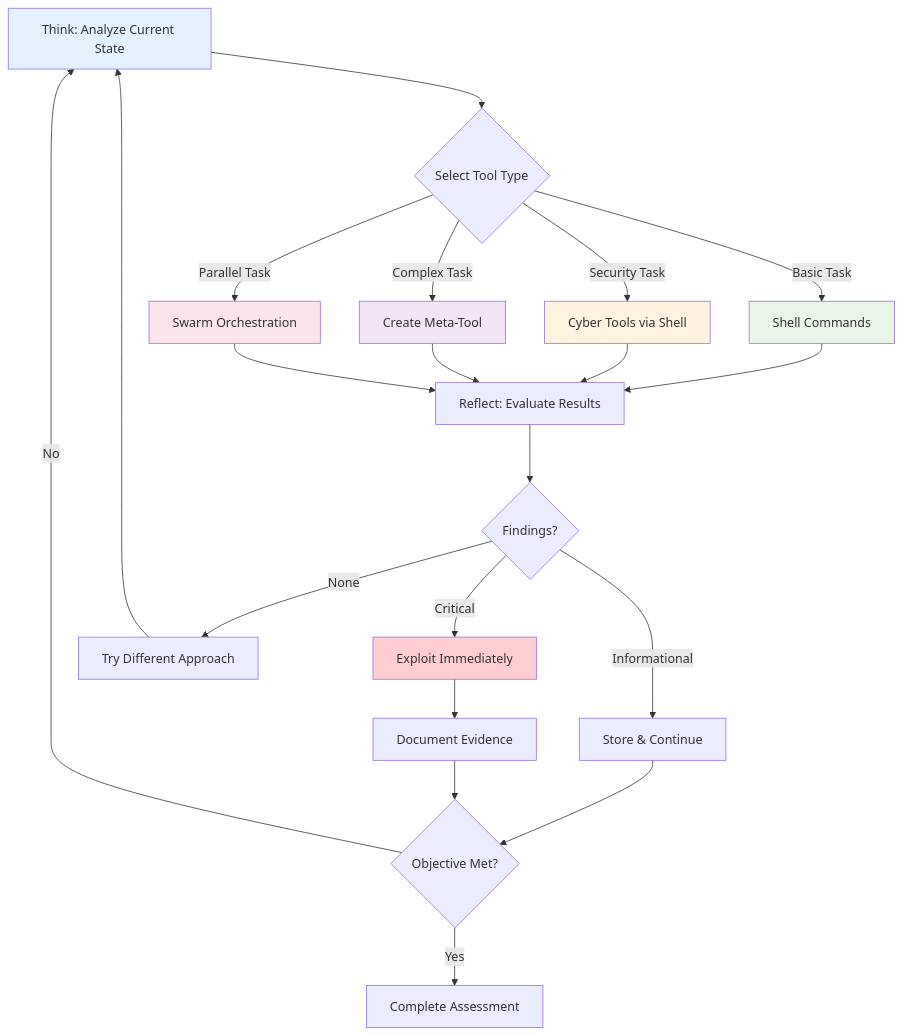
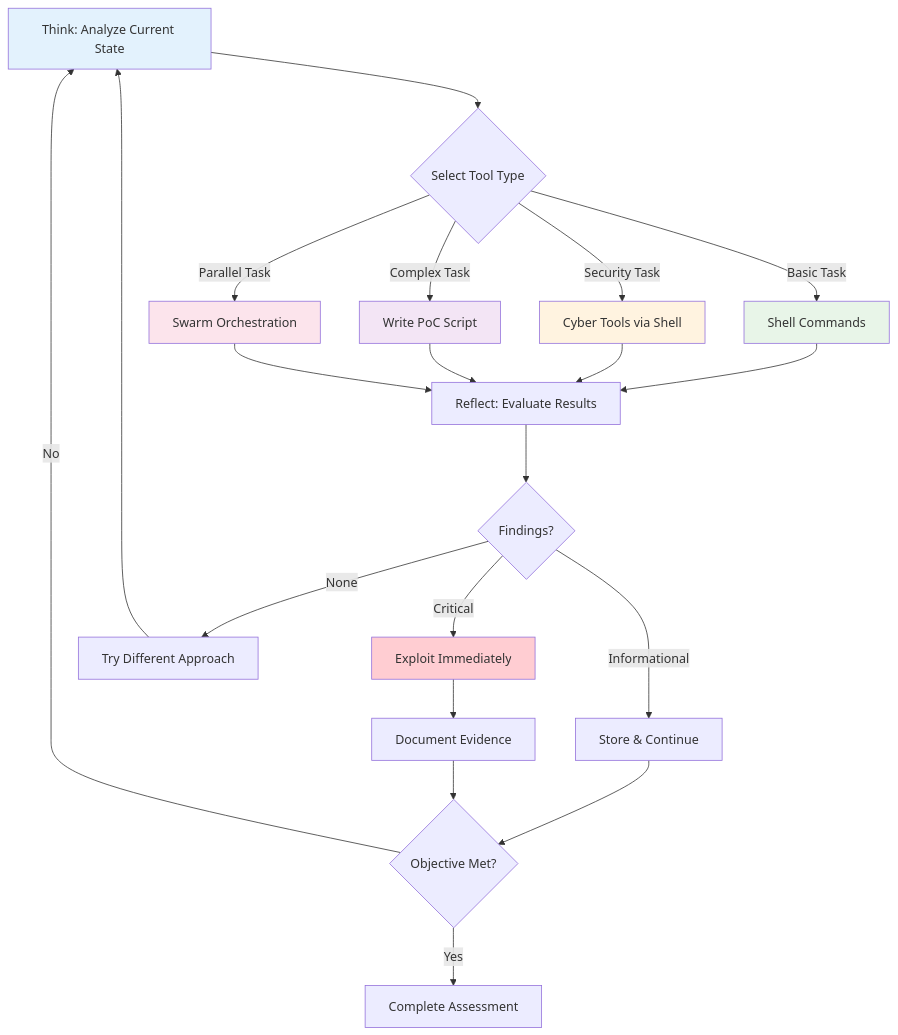
One commit to double16/Cyber-AutoAgent-ng changed the third of 3 diagrams in README.md. Above: the diagram before and after it, drawn with Mermaid. The commit also changed other lines of this file and 26 other files, not shown here.

````diff
--- a/README.md
+++ b/README.md
@@ -298,35 +297,35 @@
 ```mermaid
 flowchart TD
     A[Think: Analyze Current State] --> B{Select Tool Type}
 
     B --> |Basic Task| C[Shell Commands]
     B --> |Security Task| D[Cyber Tools via Shell]
-    B --> |Complex Task| E[Create Meta-Tool]
+    B --> |Complex Task| E[Write PoC Script]
     B --> |Parallel Task| P[Swarm Orchestration]
 
     C --> F[Reflect: Evaluate Results]
     D --> F
     E --> F
     P --> F
 
     F --> G{Findings?}
 
     G --> |Critical| H[Exploit Immediately]
     G --> |Informational| I[Store & Continue]
     G --> |None| J[Try Different Approach]
 
     H --> K[Document Evidence]
     I --> L{Objective Met?}
     J --> A
     K --> L
 
     L --> |Yes| M[Complete Assessment]
     L --> |No| A
 
     style A fill:#e3f2fd
     style C fill:#e8f5e8
     style D fill:#fff3e0
     style E fill:#f3e5f5
     style P fill:#fce4ec
     style H fill:#ffcdd2
 ```
````
